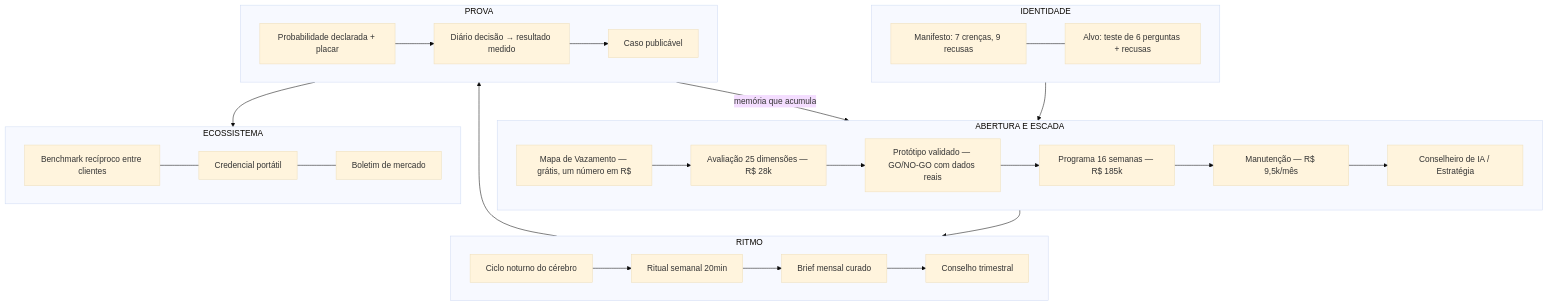
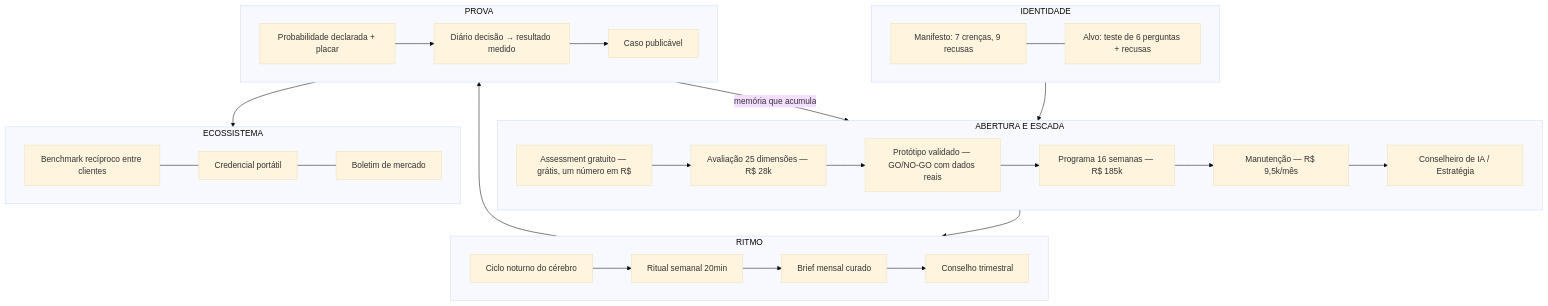
One commit to DanielMoraesCoca/abba-ops changed the diagram in 00-identidade/mapa-da-abba.md. Above: the diagram before and after it, drawn with Mermaid (base theme). The commit also changed other lines of this file and 53 other files, not shown here.

First line of the commit message:
Assessment gratuito substitui o Mapa de Vazamento: a narrativa passa a descrever o produto que existe

````diff
--- a/00-identidade/mapa-da-abba.md
+++ b/00-identidade/mapa-da-abba.md
@@ -19,26 +19,26 @@
 ```mermaid
 flowchart TD
     subgraph IDENTIDADE
         M[Manifesto: 7 crenças, 9 recusas] --- A[Alvo: teste de 6 perguntas + recusas]
     end
     subgraph FUNIL["ABERTURA E ESCADA"]
-        MV[Mapa de Vazamento — grátis, um número em R$] --> AV[Avaliação 25 dimensões — R$ 28k]
+        MV[Assessment gratuito — grátis, um número em R$] --> AV[Avaliação 25 dimensões — R$ 28k]
         AV --> PT[Protótipo validado — GO/NO-GO com dados reais]
         PT --> PR[Programa 16 semanas — R$ 185k]
         PR --> MA[Manutenção — R$ 9,5k/mês]
         MA --> CO[Conselheiro de IA / Estratégia]
     end
     subgraph RITMO
         S[Ritual semanal 20min] --> BM[Brief mensal curado] --> CT[Conselho trimestral] 
         N[Ciclo noturno do cérebro] --> S
     end
     subgraph PROVA
         D[Diário decisão → resultado medido] --> PC[Caso publicável]
         CAL[Probabilidade declarada + placar] --> D
     end
     subgraph ECOSSISTEMA
         BE[Benchmark recíproco entre clientes] --- CR[Credencial portátil] --- BO[Boletim de mercado]
     end
     IDENTIDADE --> FUNIL --> RITMO --> PROVA --> ECOSSISTEMA
     PROVA -->|memória que acumula| FUNIL
 ```
````
